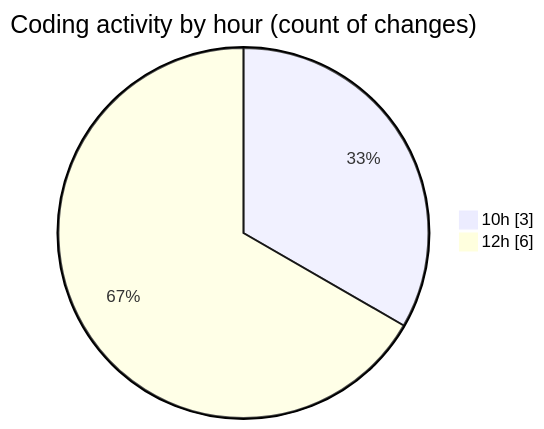
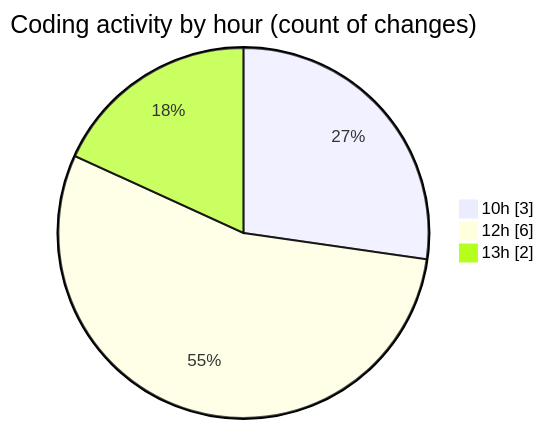
Before and after one commit to nxtqubesakshisongat/code-tracking: the second of 2 diagrams in 2025-10-30/nxtqube_webapp/README.md, drawn with Mermaid. The commit also changed other lines of this file and 1 other file, not shown here.

````diff
--- a/2025-10-30/nxtqube_webapp/README.md
+++ b/2025-10-30/nxtqube_webapp/README.md
@@ -30,6 +32,7 @@
 ```mermaid
 pie showData
 title Coding activity by hour (count of changes)
 "10h" : 3
 "12h" : 6
+"13h" : 2
 ```
````
